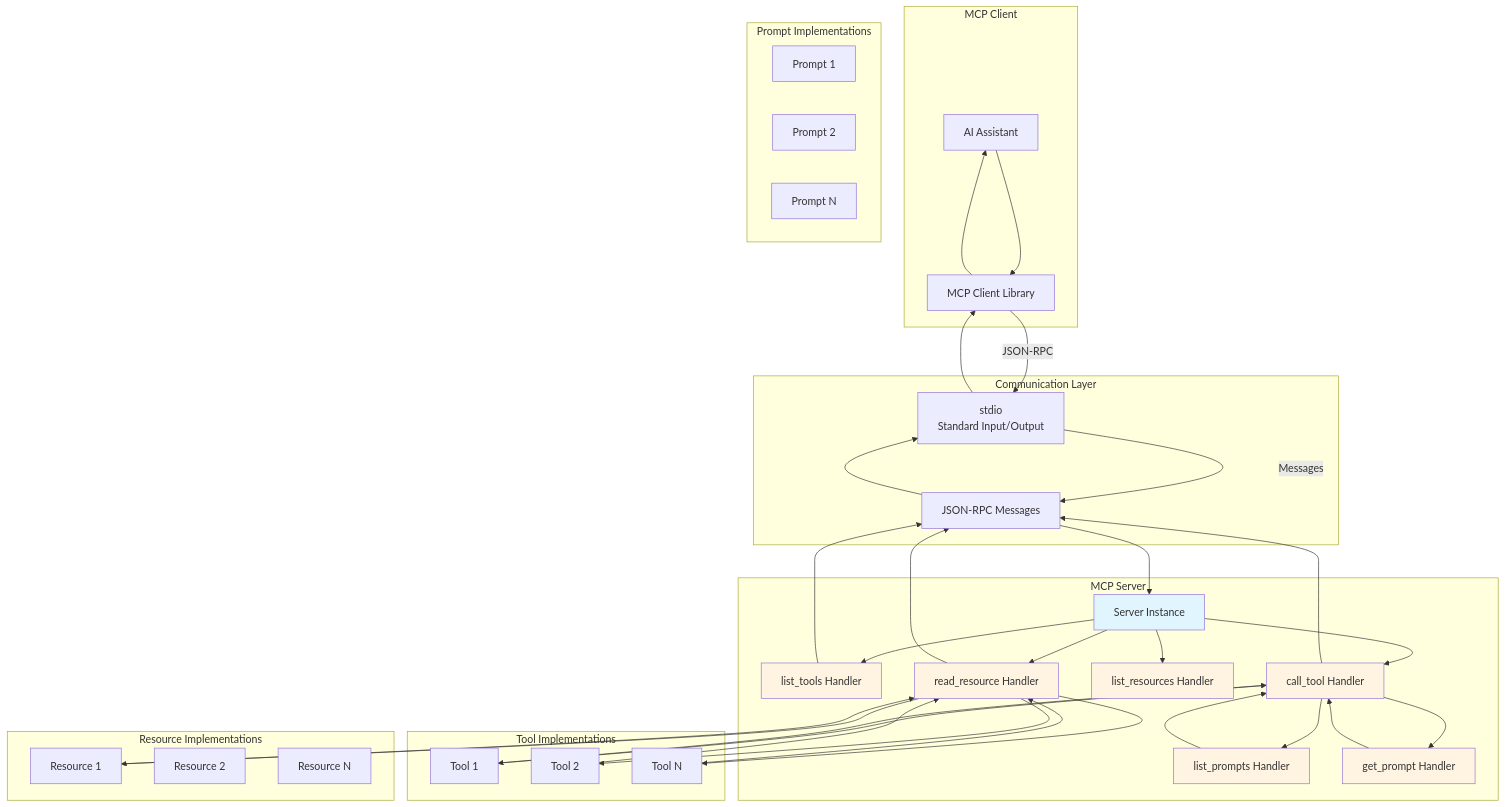
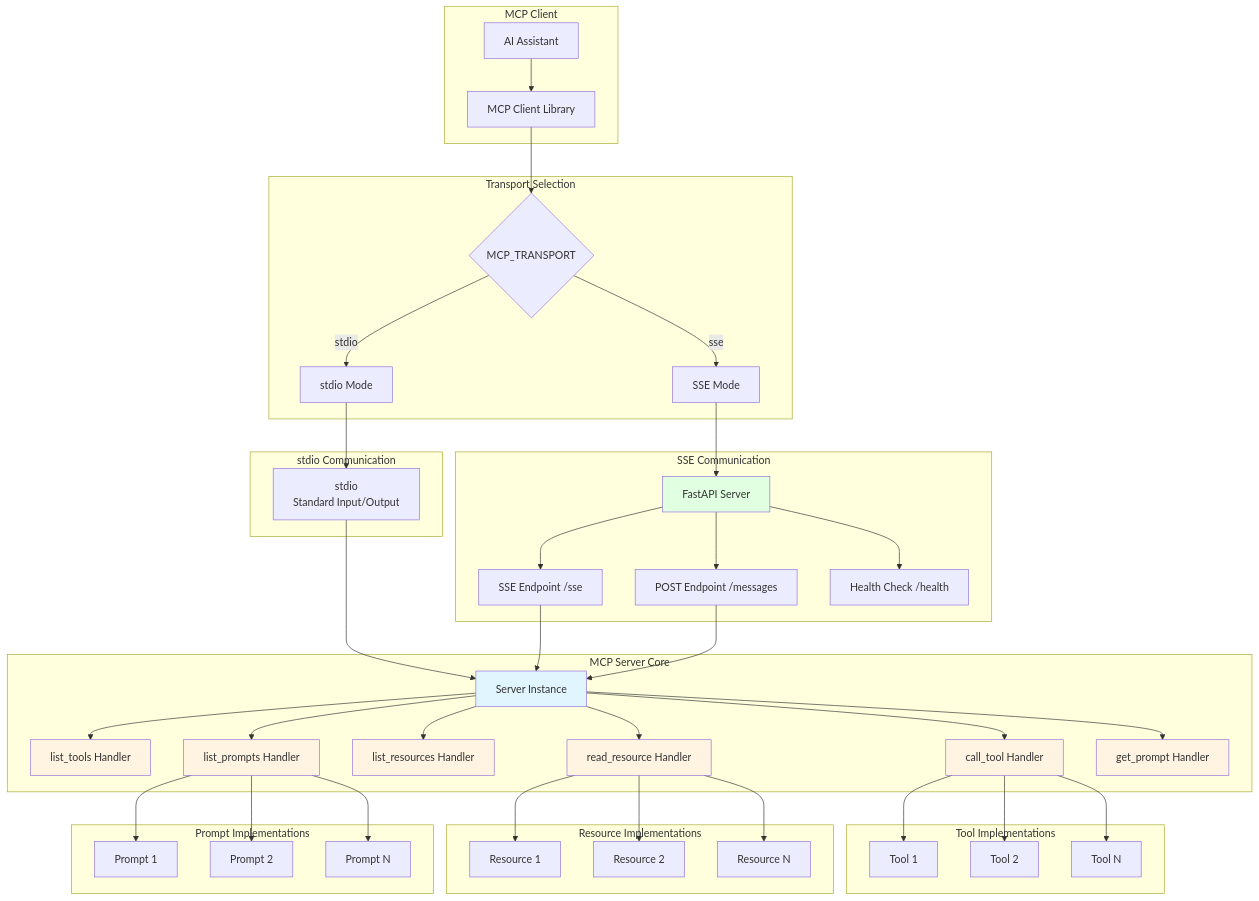
The first of 5 diagrams in ARCHITECTURE.md (GlenTrudgett/mcp_template), drawn with Mermaid before and after one commit. The commit also changed other lines of this file and 4 other files, not shown here.

First line of the commit message:
Add SSE transport support for remote MCP server deployment

````diff
--- a/ARCHITECTURE.md
+++ b/ARCHITECTURE.md
@@ -90,71 +109,85 @@
         B[MCP Client Library]
     end
     
-    subgraph "Communication Layer"
-        C[stdio<br/>Standard Input/Output]
-        D[JSON-RPC Messages]
+    subgraph "Transport Selection"
+        T1{MCP_TRANSPORT}
+        T2[stdio Mode]
+        T3[SSE Mode]
     end
     
-    subgraph "MCP Server"
-        E[Server Instance]
-        F[list_tools Handler]
-        G[call_tool Handler]
-        H[list_resources Handler]
-        I[read_resource Handler]
-        J[list_prompts Handler]
-        K[get_prompt Handler]
+    subgraph "stdio Communication"
+        C[stdio<br/>Standard Input/Output]
+    end
+    
+    subgraph "SSE Communication"
+        D[FastAPI Server]
+        E[SSE Endpoint /sse]
+        F[POST Endpoint /messages]
+        G[Health Check /health]
+    end
+    
+    subgraph "MCP Server Core"
+        H[Server Instance]
+        I[list_tools Handler]
+        J[call_tool Handler]
+        K[list_resources Handler]
+        L[read_resource Handler]
+        M[list_prompts Handler]
+        N[get_prompt Handler]
     end
     
     subgraph "Tool Implementations"
-        L[Tool 1]
-        M[Tool 2]
-        N[Tool N]
+        O[Tool 1]
+        P[Tool 2]
+        Q[Tool N]
     end
     
     subgraph "Resource Implementations"
-        O[Resource 1]
-        P[Resource 2]
-        Q[Resource N]
+        R[Resource 1]
+        S[Resource 2]
+        T[Resource N]
     end
     
     subgraph "Prompt Implementations"
-        R[Prompt 1]
-        S[Prompt 2]
-        T[Prompt N]
+        U[Prompt 1]
+        V[Prompt 2]
+        W[Prompt N]
     end
     
     A --> B
-    B -->|JSON-RPC| C
-    C -->|Messages| D
+    B --> T1
+    T1 -->|stdio| T2
+    T1 -->|sse| T3
+    T2 --> C
+    T3 --> D
     D --> E
-    E --> F
-    E --> G
+    D --> F
+    D --> G
+    C --> H
     E --> H
-    E --> I
-    G --> J
-    G --> K
-    G --> L
-    I --> M
-    I --> N
-    I --> O
-    J --> G
-    K --> G
-    L --> G
-    M --> I
-    N --> I
-    O --> I
-    I --> D
-    G --> D
-    F --> D
-    D --> C
-    C --> B
-    B --> A
+    F --> H
+    H --> I
+    H --> J
+    H --> K
+    H --> L
+    H --> M
+    H --> N
+    J --> O
+    J --> P
+    J --> Q
+    L --> R
+    L --> S
+    L --> T
+    M --> U
+    M --> V
+    M --> W
     
-    style E fill:#e1f5ff
-    style F fill:#fff4e1
-    style G fill:#fff4e1
-    style H fill:#fff4e1
+    style H fill:#e1f5ff
     style I fill:#fff4e1
     style J fill:#fff4e1
     style K fill:#fff4e1
+    style L fill:#fff4e1
+    style M fill:#fff4e1
+    style N fill:#fff4e1
+    style D fill:#e1ffe1
 ```
````
